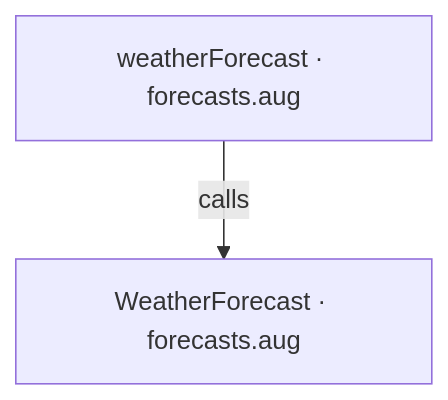
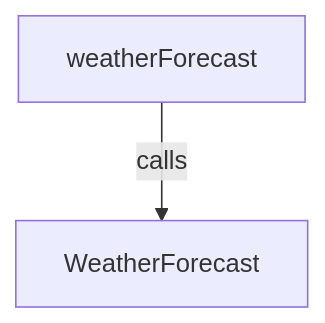
One commit to GreenPandaStudios/augscript changed the first of 2 diagrams in docs/examples/weather-api/forecasts-diagrams.md. Above: the diagram before and after it, drawn with Mermaid. The commit also changed other lines of this file and 524 other files, not shown here.

Commit message:
Explain checked data flow at folder and service levels

````diff
--- a/docs/examples/weather-api/forecasts-diagrams.md
+++ b/docs/examples/weather-api/forecasts-diagrams.md
@@ -19,6 +20,6 @@
 ```mermaid
 flowchart TD
-    n0["WeatherForecast · forecasts.aug"]
-    n1["weatherForecast · forecasts.aug"]
+    n0["WeatherForecast"]
+    n1["weatherForecast"]
     n1 -->|"calls"| n0
 ```
````
